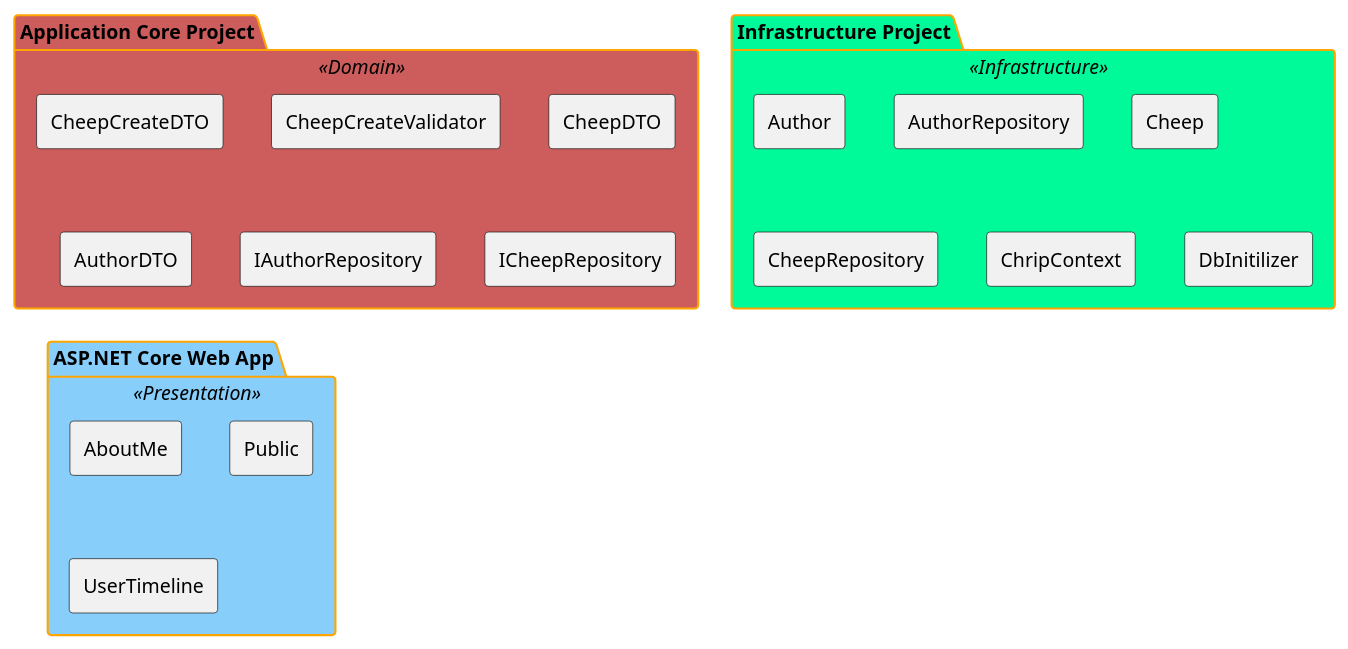
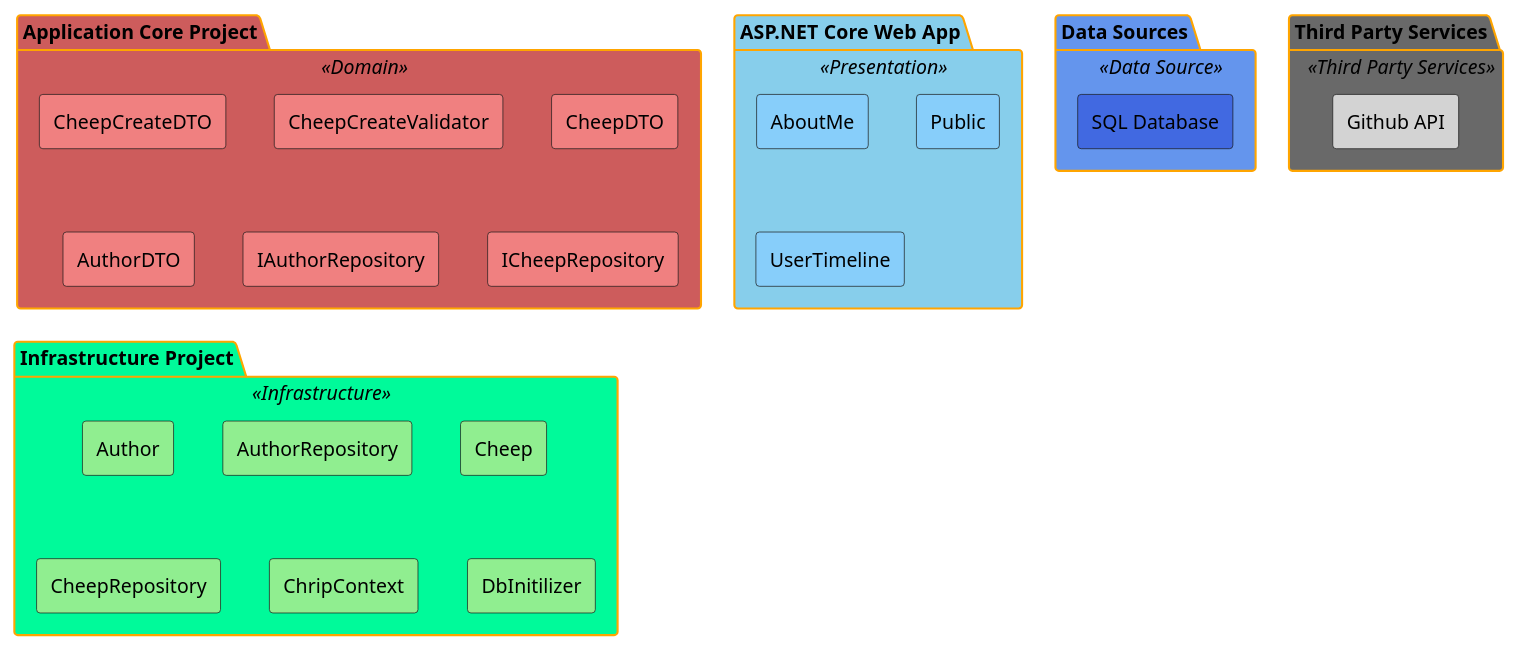
One commit to ITU-BDSA23-GROUP14/Chirp changed the diagram in docs/diagrams/onionArchitecture.puml. Above: the diagram before and after it, drawn with PlantUML.

```diff
--- a/docs/diagrams/onionArchitecture.puml
+++ b/docs/diagrams/onionArchitecture.puml
@@ -2,37 +2,42 @@
 @startuml Onion Architecture
 
 skinparam package {
   backgroundColor<<Domain>> IndianRed
   backgroundColor<<Infrastructure>> MediumSpringGreen
-  backgroundColor<<Presentation>> LightSkyBlue
+  backgroundColor<<Presentation>> SkyBlue
+  backgroundColor<<Data Source>> CornflowerBlue
+  backgroundColor<<Third Party Services>> DimGray
   borderColor orange
 }
-
 skinparam componentStyle rectangle
-
 package "Application Core Project" as DomainLayer <<Domain>> {
-    [CheepCreateDTO]
-    [CheepCreateValidator]
-    [CheepDTO]
-    [AuthorDTO]
-    [IAuthorRepository]
-    [ICheepRepository]
+    [CheepCreateDTO] #LightCoral
+    [CheepCreateValidator] #LightCoral
+    [CheepDTO] #LightCoral
+    [AuthorDTO] #LightCoral
+    [IAuthorRepository] #LightCoral
+    [ICheepRepository] #LightCoral
+}
+package "ASP.NET Core Web App"  as PresentationLayer <<Presentation>> {
+    [AboutMe] #LightSkyBlue
+    [Public] #LightSkyBlue
+    [UserTimeline] #LightSkyBlue
+}
+package "Data Sources" as DataSources <<Data Source>> {
+    [SQL Database] #RoyalBlue
+}
+package "Third Party Services" as ThirdPartyServices <<Third Party Services>> {
+    [Github API] #LightGray
 }
 
 package "Infrastructure Project" as InfrastructureLayer <<Infrastructure>> {
-    [Author]
-    [AuthorRepository]
-    [Cheep]
-    [CheepRepository]
-    [ChripContext]
-    [DbInitilizer]
-}
-
-package "ASP.NET Core Web App"  as PresentationLayer <<Presentation>> {
-    [AboutMe]
-    [Public]
-    [UserTimeline]
+    [Author] #LightGreen
+    [AuthorRepository] #LightGreen
+    [Cheep] #LightGreen
+    [CheepRepository] #LightGreen
+    [ChripContext] #LightGreen
+    [DbInitilizer] #LightGreen
 }
 
 
 @enduml
```
